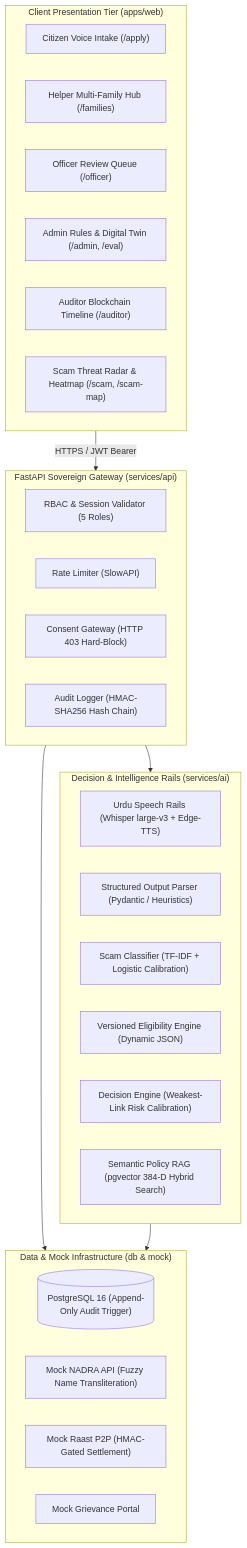
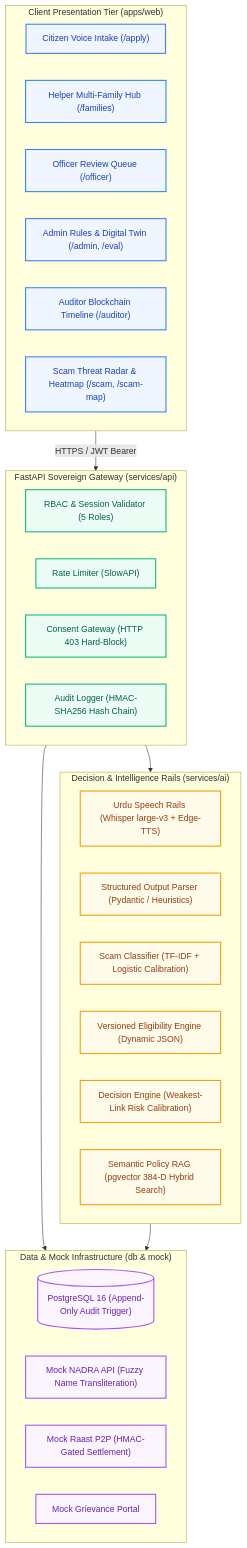
The first of 3 diagrams in README.md (Gulab1275/lastmile-ai-rails), drawn with Mermaid before and after one commit. The commit also changed other lines of this file and 1 other file, not shown here.

Commit message:
docs: add MIT LICENSE and enhance README with vibrant distinctive architecture charts

````diff
--- a/README.md
+++ b/README.md
@@ -66,39 +66,44 @@
 ```mermaid
 flowchart TD
+    classDef client fill:#EFF6FF,stroke:#3B82F6,stroke-width:2px,color:#1E40AF;
+    classDef gateway fill:#ECFDF5,stroke:#10B981,stroke-width:2px,color:#065F46;
+    classDef ai fill:#FFFBEB,stroke:#F59E0B,stroke-width:2px,color:#92400E;
+    classDef data fill:#FAF5FF,stroke:#A855F7,stroke-width:2px,color:#6B21A8;
+
     subgraph Client ["Client Presentation Tier (apps/web)"]
-        CitizenUI["Citizen Voice Intake (/apply)"]
-        HelperUI["Helper Multi-Family Hub (/families)"]
-        OfficerUI["Officer Review Queue (/officer)"]
-        AdminUI["Admin Rules & Digital Twin (/admin, /eval)"]
-        AuditorUI["Auditor Blockchain Timeline (/auditor)"]
-        ScamUI["Scam Threat Radar & Heatmap (/scam, /scam-map)"]
+        CitizenUI["Citizen Voice Intake (/apply)"]:::client
+        HelperUI["Helper Multi-Family Hub (/families)"]:::client
+        OfficerUI["Officer Review Queue (/officer)"]:::client
+        AdminUI["Admin Rules & Digital Twin (/admin, /eval)"]:::client
+        AuditorUI["Auditor Blockchain Timeline (/auditor)"]:::client
+        ScamUI["Scam Threat Radar & Heatmap (/scam, /scam-map)"]:::client
     end
 
     subgraph Gateway ["FastAPI Sovereign Gateway (services/api)"]
-        RBAC["RBAC & Session Validator (5 Roles)"]
-        RateLimit["Rate Limiter (SlowAPI)"]
-        ConsentGW["Consent Gateway (HTTP 403 Hard-Block)"]
-        AuditLedger["Audit Logger (HMAC-SHA256 Hash Chain)"]
+        RBAC["RBAC & Session Validator (5 Roles)"]:::gateway
+        RateLimit["Rate Limiter (SlowAPI)"]:::gateway
+        ConsentGW["Consent Gateway (HTTP 403 Hard-Block)"]:::gateway
+        AuditLedger["Audit Logger (HMAC-SHA256 Hash Chain)"]:::gateway
     end
 
     subgraph Engines ["Decision & Intelligence Rails (services/ai)"]
-        VoiceEngine["Urdu Speech Rails (Whisper large-v3 + Edge-TTS)"]
-        FormExtractor["Structured Output Parser (Pydantic / Heuristics)"]
-        ScamDetector["Scam Classifier (TF-IDF + Logistic Calibration)"]
-        RulesEngine["Versioned Eligibility Engine (Dynamic JSON)"]
-        DecisionEngine["Decision Engine (Weakest-Link Risk Calibration)"]
-        RAGPolicy["Semantic Policy RAG (pgvector 384-D Hybrid Search)"]
+        VoiceEngine["Urdu Speech Rails (Whisper large-v3 + Edge-TTS)"]:::ai
+        FormExtractor["Structured Output Parser (Pydantic / Heuristics)"]:::ai
+        ScamDetector["Scam Classifier (TF-IDF + Logistic Calibration)"]:::ai
+        RulesEngine["Versioned Eligibility Engine (Dynamic JSON)"]:::ai
+        DecisionEngine["Decision Engine (Weakest-Link Risk Calibration)"]:::ai
+        RAGPolicy["Semantic Policy RAG (pgvector 384-D Hybrid Search)"]:::ai
     end
 
     subgraph DataRails ["Data & Mock Infrastructure (db & mock)"]
-        PG[("PostgreSQL 16 (Append-Only Audit Trigger)")]
-        MockNADRA["Mock NADRA API (Fuzzy Name Transliteration)"]
-        MockRaast["Mock Raast P2P (HMAC-Gated Settlement)"]
-        MockPortal["Mock Grievance Portal"]
+        PG[("PostgreSQL 16 (Append-Only Audit Trigger)")]:::data
+        MockNADRA["Mock NADRA API (Fuzzy Name Transliteration)"]:::data
+        MockRaast["Mock Raast P2P (HMAC-Gated Settlement)"]:::data
+        MockPortal["Mock Grievance Portal"]:::data
     end
 
     Client -->|"HTTPS / JWT Bearer"| Gateway
     Gateway --> Engines
     Gateway --> DataRails
     Engines --> DataRails
 ```
````
